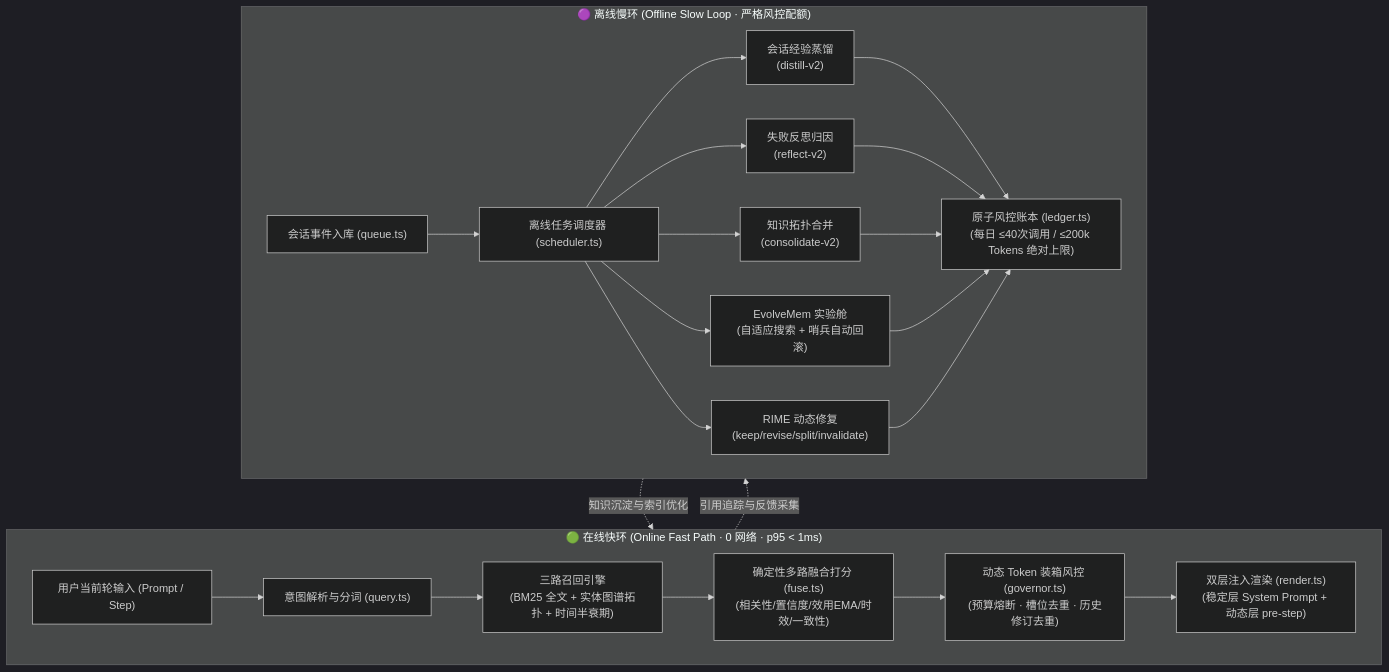
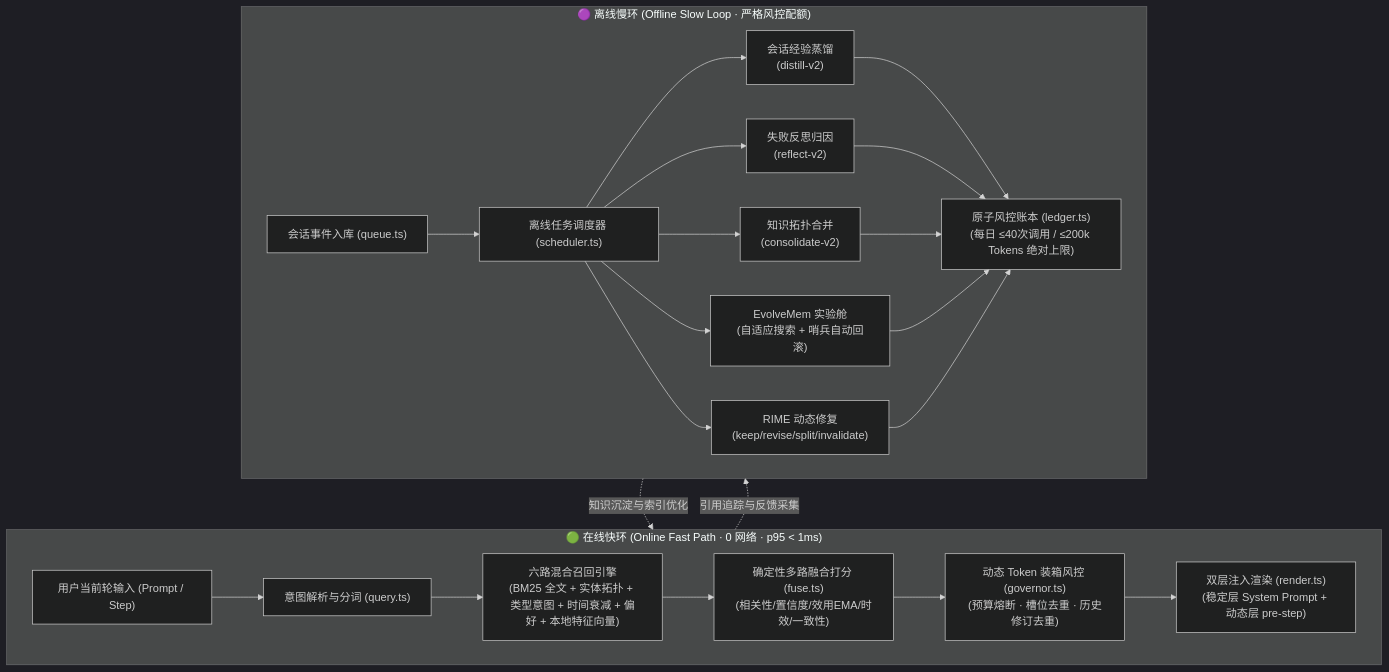
Before and after one commit to ROSESSSSS66/dsh-memory: the diagram in README.md, drawn with Mermaid (dark theme). The commit also changed other lines of this file and 22 other files, not shown here.

````diff
--- a/README.md
+++ b/README.md
@@ -56,23 +57,23 @@
 ```mermaid
 flowchart TD
     subgraph Online ["🟢 在线快环 (Online Fast Path · 0 网络 · p95 < 1ms)"]
         A["用户当前轮输入 (Prompt / Step)"] --> B["意图解析与分词 (query.ts)"]
-        B --> C["三路召回引擎\n(BM25 全文 + 实体图谱拓扑 + 时间半衰期)"]
+        B --> C["六路混合召回引擎\n(BM25 全文 + 实体拓扑 + 类型意图 + 时间衰减 + 偏好 + 本地特征向量)"]
         C --> D["确定性多路融合打分 (fuse.ts)\n(相关性/置信度/效用EMA/时效/一致性)"]
         D --> E["动态 Token 装箱风控 (governor.ts)\n(预算熔断 · 槽位去重 · 历史修订去重)"]
         E --> F["双层注入渲染 (render.ts)\n(稳定层 System Prompt + 动态层 pre-step)"]
     end
 
     subgraph Offline ["🟣 离线慢环 (Offline Slow Loop · 严格风控配额)"]
         G["会话事件入库 (queue.ts)"] --> H["离线任务调度器 (scheduler.ts)"]
         H --> I["会话经验蒸馏\n(distill-v2)"]
         H --> J["失败反思归因\n(reflect-v2)"]
         H --> K["知识拓扑合并\n(consolidate-v2)"]
         H --> L["EvolveMem 实验舱\n(自适应搜索 + 哨兵自动回滚)"]
         H --> M["RIME 动态修复\n(keep/revise/split/invalidate)"]
         I & J & K & L & M --> N["原子风控账本 (ledger.ts)\n(每日 ≤40次调用 / ≤200k Tokens 绝对上限)"]
     end
 
     Online -. 引用追踪与反馈采集 .-> Offline
     Offline -. 知识沉淀与索引优化 .-> Online
 ```
````
